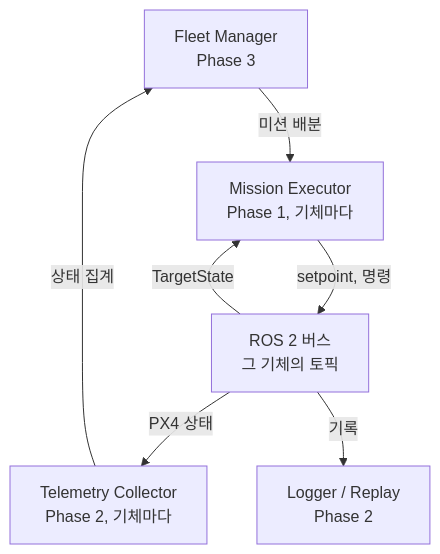
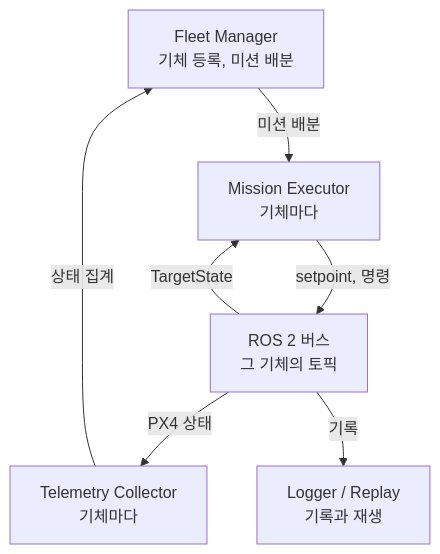
One commit to danielhongwoo/idsim changed the third of 9 diagrams in docs/architecture.md. Above: the diagram before and after it, drawn with Mermaid. The commit also changed other lines of this file, not shown here.

First line of the commit message:
전체 아키텍처 절의 그림에서 Phase 문구를 지우고 추적기를 표적 추적기로 쓴다

````diff
--- a/docs/architecture.md
+++ b/docs/architecture.md
@@ -114,15 +114,15 @@
 ```mermaid
 flowchart TB
-  FM["Fleet Manager<br/>Phase 3"]
-  ME["Mission Executor<br/>Phase 1, 기체마다"]
-  TC["Telemetry Collector<br/>Phase 2, 기체마다"]
-  LR["Logger / Replay<br/>Phase 2"]
+  FM["Fleet Manager<br/>기체 등록, 미션 배분"]
+  ME["Mission Executor<br/>기체마다"]
+  TC["Telemetry Collector<br/>기체마다"]
+  LR["Logger / Replay<br/>기록과 재생"]
   BUS["ROS 2 버스<br/>그 기체의 토픽"]
 
   FM -->|"미션 배분"| ME
   TC -->|"상태 집계"| FM
   ME -->|"setpoint, 명령"| BUS
   BUS -->|"TargetState"| ME
   BUS -->|"PX4 상태"| TC
   BUS -->|"기록"| LR
 ```
````
